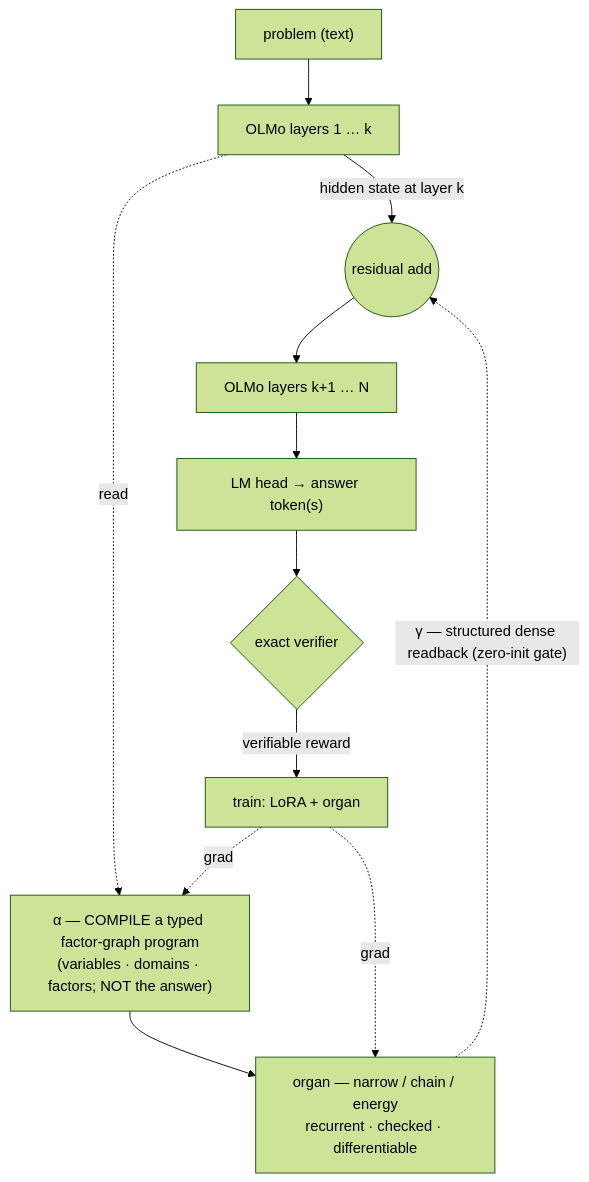
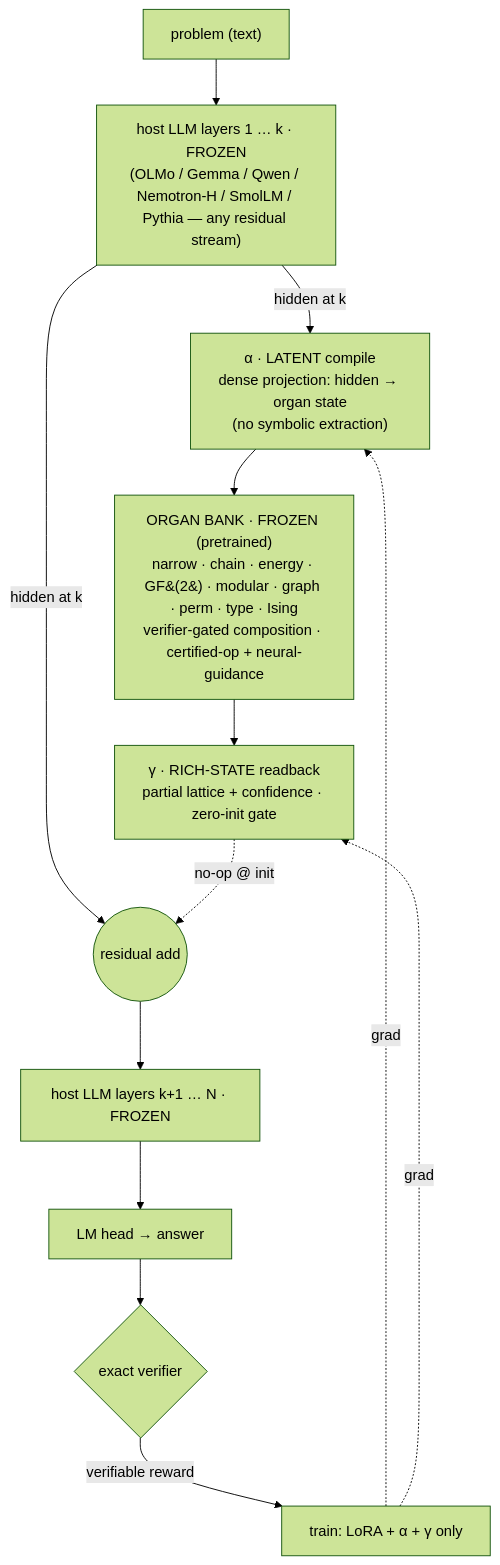
One commit to emberian/clairnets changed the first of 2 diagrams in README.md. Above: the diagram before and after it, drawn with Mermaid (forest theme). The commit also changed other lines of this file, not shown here.

Commit message:
README architecture diagram + prose: update to the current multi-faculty / latent-α / model-agnostic reality. Was: single 'narrow/chain/energy' organ + symbolic 'compile a factor-graph program' + OLMo-only + train-the-organ. Now: FROZEN model-agnostic host (7 bases, any residual stream) · α = LATENT compile (dense, no symbolic extraction) · ORGAN BANK frozen+pretrained (narrow·chain·energy·GF2·modular·graph·perm·type·Ising, verifier-gated composition) · γ = RICH-STATE readback (partial lattice + confidence, LM mines it) · train LoRA+α+γ only (base & organ frozen) · residual-stream-agnostic across Transformer/Mamba-hybrid/linear-attention.

````diff
--- a/README.md
+++ b/README.md
@@ -26,14 +26,15 @@
 ```mermaid
 flowchart TB
-  P["problem (text)"] --> E["OLMo layers 1 … k"]
-  E -->|"hidden state at layer k"| G(("residual add"))
-  E -. read .-> A["α — COMPILE a typed factor-graph program<br/>(variables · domains · factors; NOT the answer)"]
-  A --> O["organ — narrow / chain / energy<br/>recurrent · checked · differentiable"]
-  O -. "γ — structured dense readback (zero-init gate)" .-> G
-  G --> L["OLMo layers k+1 … N"]
-  L --> H["LM head → answer token(s)"]
+  P["problem (text)"] --> E["host LLM layers 1 … k · FROZEN<br/>(OLMo / Gemma / Qwen / Nemotron-H / SmolLM / Pythia — any residual stream)"]
+  E -->|"hidden at k"| A["α · LATENT compile<br/>dense projection: hidden → organ state<br/>(no symbolic extraction)"]
+  A --> O["ORGAN BANK · FROZEN (pretrained)<br/>narrow · chain · energy · GF&#40;2&#41; · modular · graph · perm · type · Ising<br/>verifier-gated composition · certified-op + neural-guidance"]
+  O --> Y["γ · RICH-STATE readback<br/>partial lattice + confidence · zero-init gate"]
+  E -->|"hidden at k"| G(("residual add"))
+  Y -. "no-op @ init" .-> G
+  G --> L["host LLM layers k+1 … N · FROZEN"]
+  L --> H["LM head → answer"]
   H --> V{"exact verifier"}
-  V -->|"verifiable reward"| T["train: LoRA + organ"]
+  V -->|"verifiable reward"| T["train: LoRA + α + γ only"]
   T -. grad .-> A
-  T -. grad .-> O
+  T -. grad .-> Y
 ```
````
